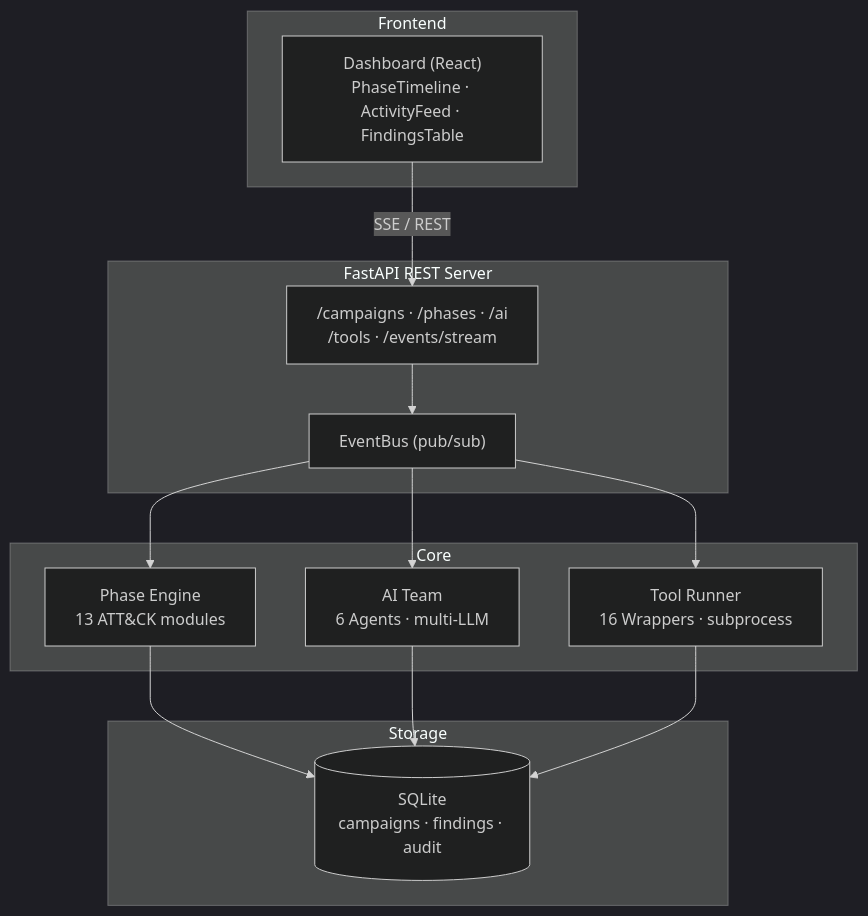
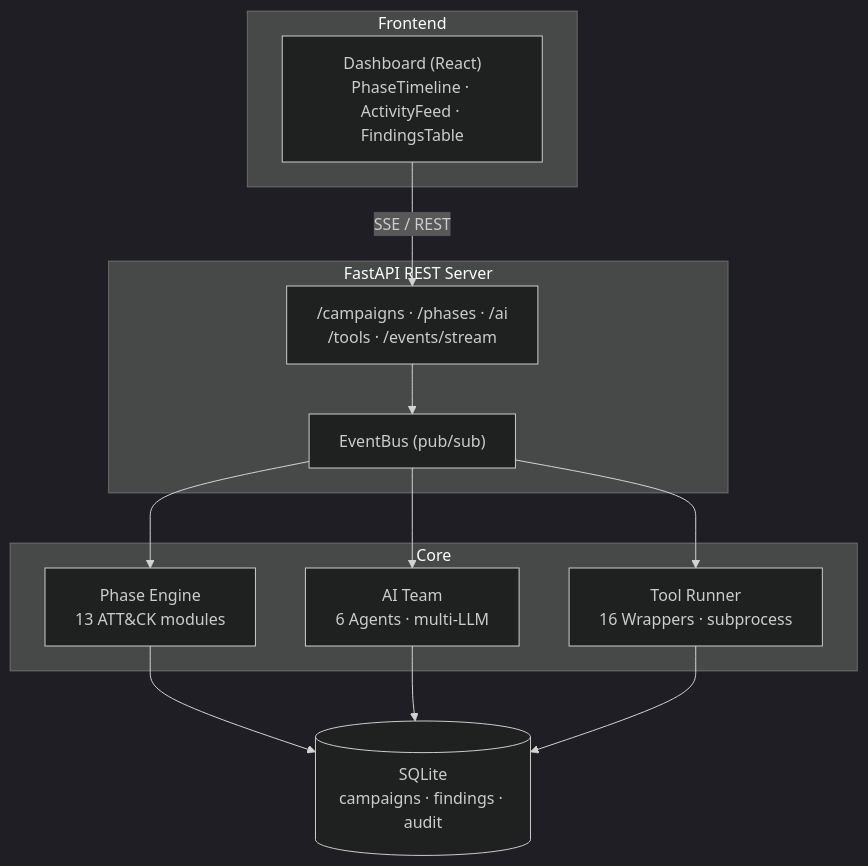
One commit to b-3llum/ice-9 changed the diagram in README.md. Above: the diagram before and after it, drawn with Mermaid (dark theme). The commit also changed other lines of this file, not shown here.

````diff
--- a/README.md
+++ b/README.md
@@ -24,30 +24,21 @@
 ```mermaid
 graph TD
     subgraph Frontend
         Dashboard["Dashboard (React)<br/>PhaseTimeline · ActivityFeed · FindingsTable"]
     end
-
     subgraph API["FastAPI REST Server"]
         Endpoints["/campaigns · /phases · /ai<br/>/tools · /events/stream"]
         EventBus["EventBus (pub/sub)"]
     end
-
     subgraph Core
         Phases["Phase Engine<br/>13 ATT&CK modules"]
         AI["AI Team<br/>6 Agents · multi-LLM"]
         Tools["Tool Runner<br/>16 Wrappers · subprocess"]
     end
-
-    subgraph Storage
-        DB[("SQLite<br/>campaigns · findings · audit")]
-    end
+    DB[("SQLite<br/>campaigns · findings · audit")]
 
     Dashboard -- "SSE / REST" --> Endpoints
     Endpoints --> EventBus
-    EventBus --> Phases
-    EventBus --> AI
-    EventBus --> Tools
-    Phases --> DB
-    AI --> DB
-    Tools --> DB
+    EventBus --> Phases & AI & Tools
+    Phases & AI & Tools --> DB
 ```
````
